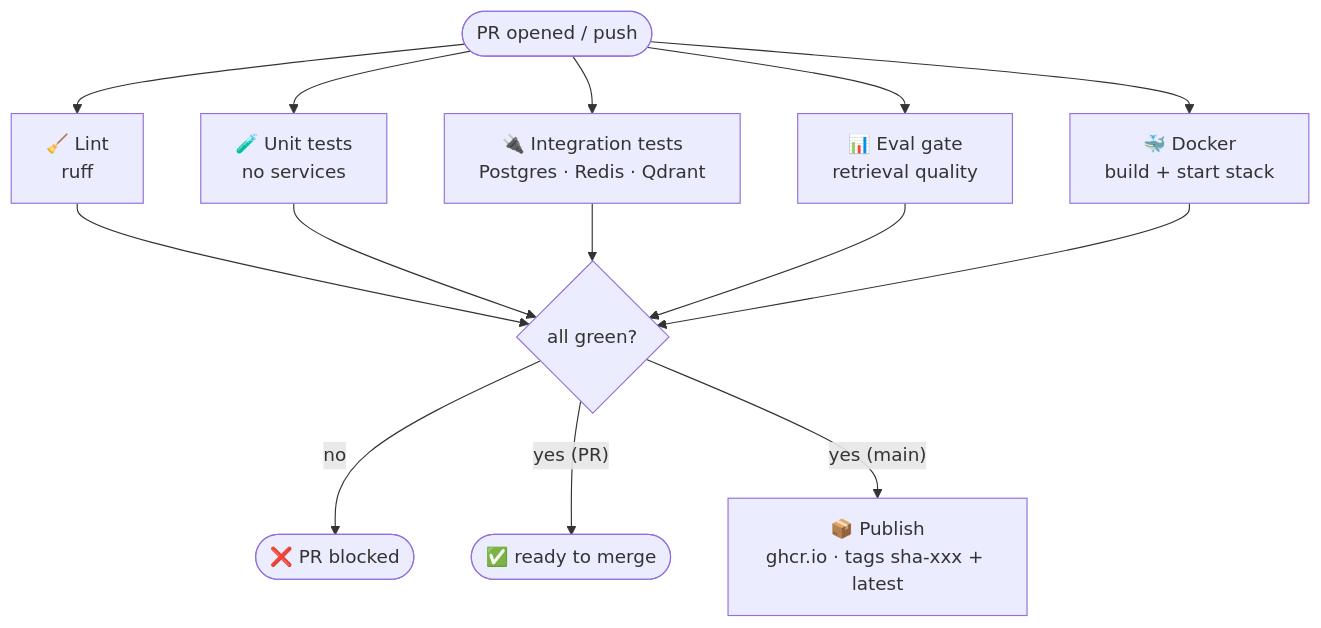
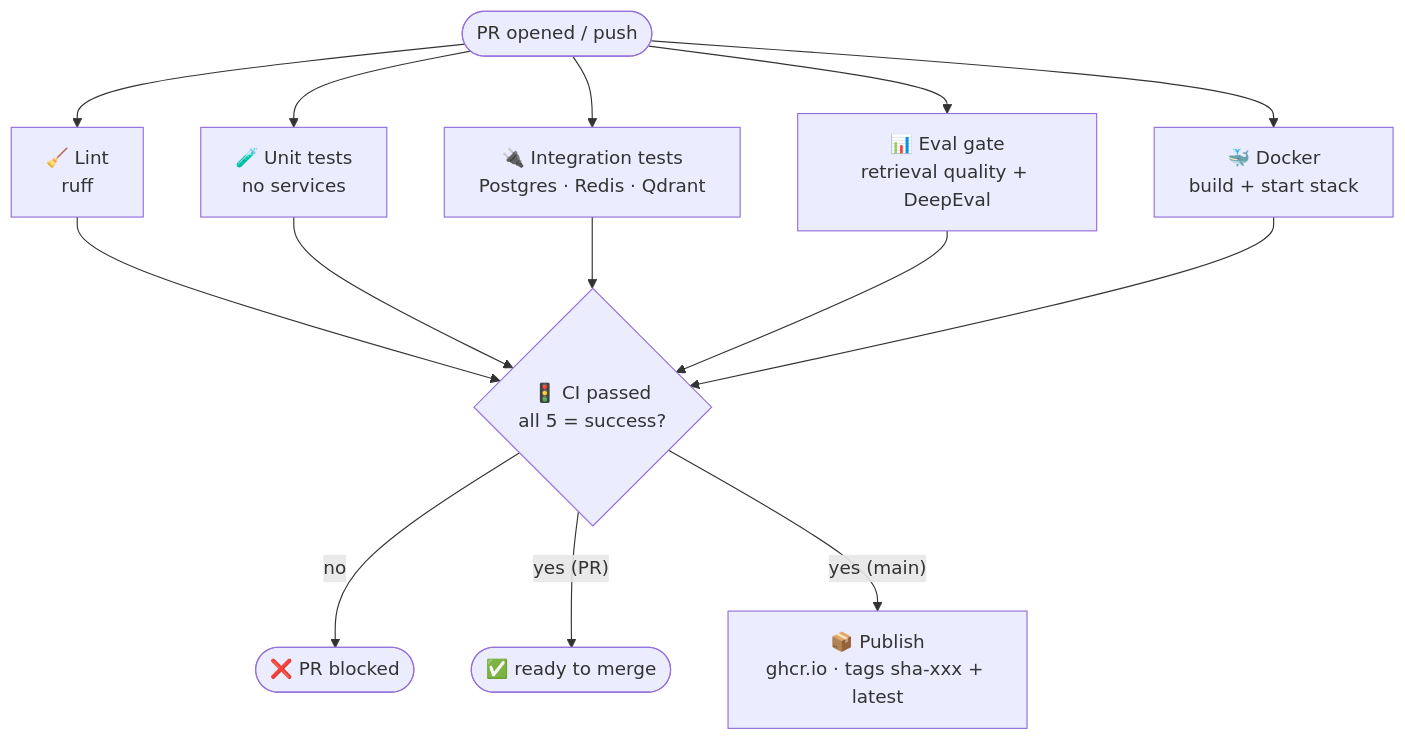
The second of 7 diagrams in docs/CI_CD.md (MoHatemTC/barq-sprints-agentic-incident-resolution-platform-g2), drawn with Mermaid before and after one commit. The commit also changed other lines of this file and 1 other file, not shown here.

````diff
--- a/docs/CI_CD.md
+++ b/docs/CI_CD.md
@@ -41,15 +42,15 @@
 ```mermaid
 flowchart TD
     START([PR opened / push]) --> L & U & I & E & D
 
     L[🧹 Lint<br/>ruff]
     U[🧪 Unit tests<br/>no services]
     I[🔌 Integration tests<br/>Postgres · Redis · Qdrant]
-    E[📊 Eval gate<br/>retrieval quality]
+    E[📊 Eval gate<br/>retrieval quality + DeepEval]
     D[🐳 Docker<br/>build + start stack]
 
-    L & U & I & E & D --> OK{all green?}
+    L & U & I & E & D --> OK{🚦 CI passed<br/>all 5 = success?}
     OK -- no --> RED([❌ PR blocked])
     OK -- "yes (PR)" --> GREEN([✅ ready to merge])
     OK -- "yes (main)" --> PUB[📦 Publish<br/>ghcr.io · tags sha-xxx + latest]
 ```
````
